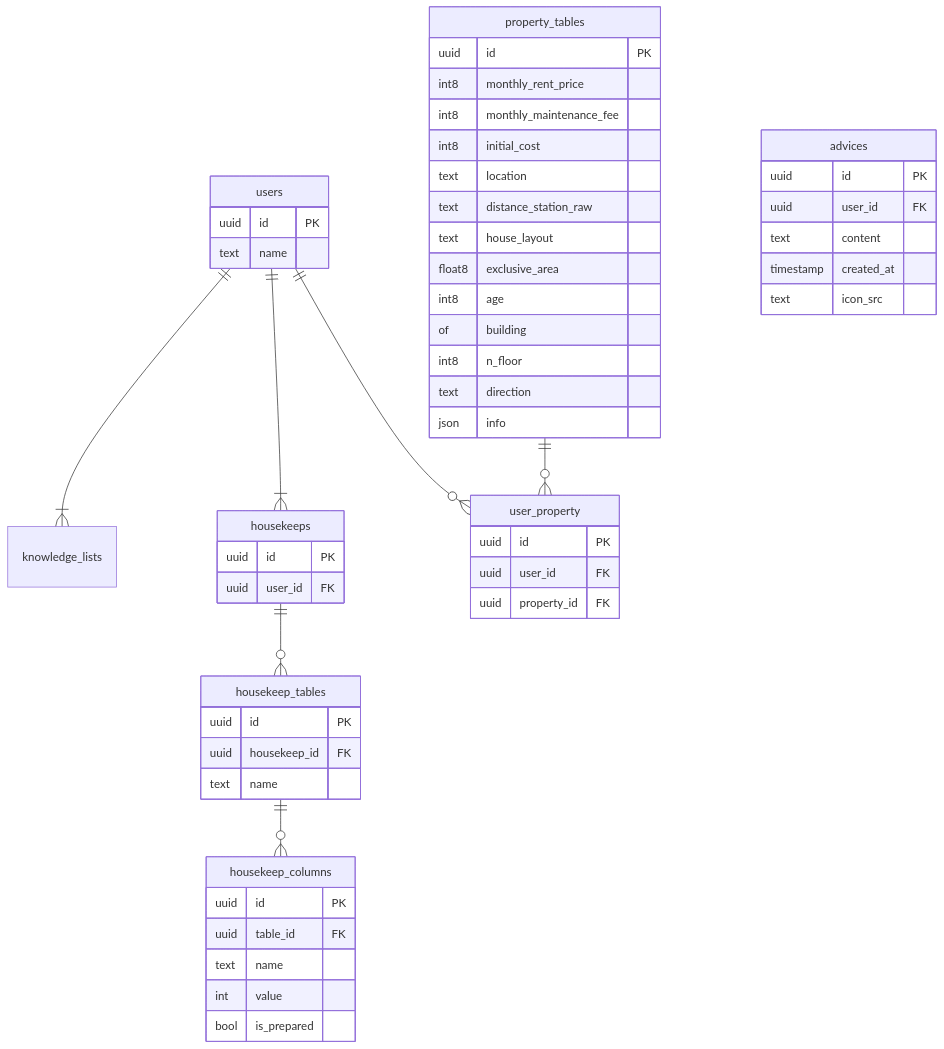
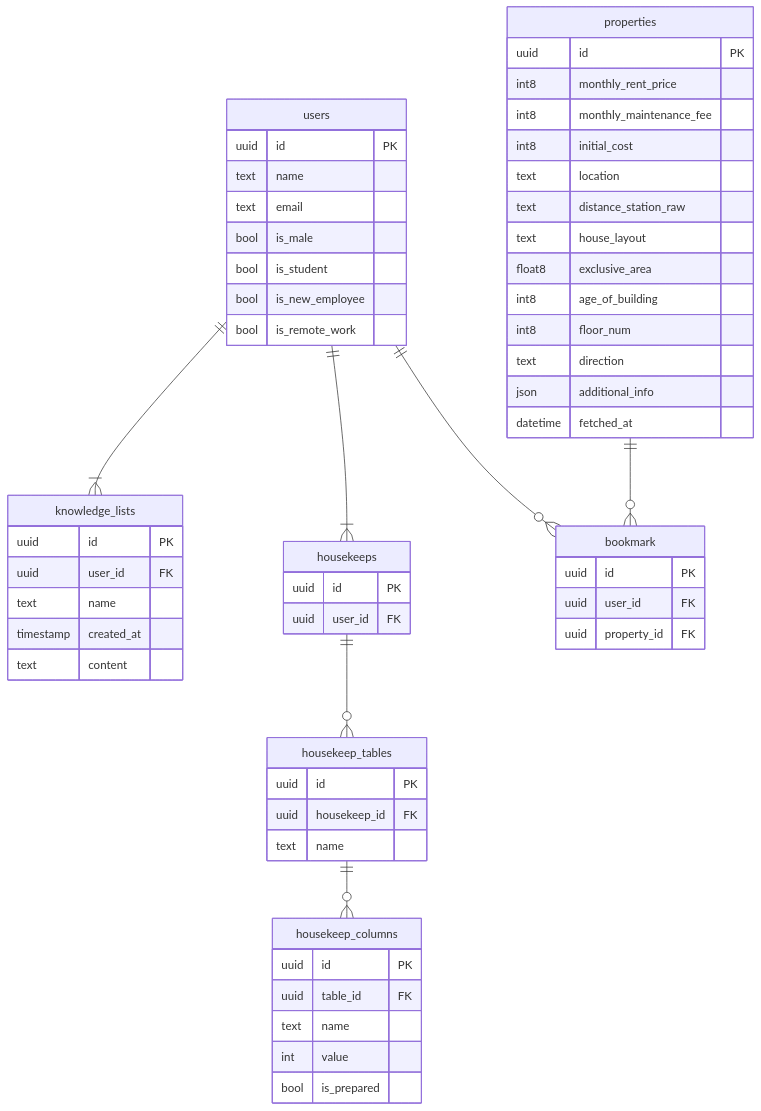
Before and after one commit to project-hikkoshiori/hikkoshiori: the diagram in docs/ER.md, drawn with Mermaid.

Commit message:
update fetch_at to ER mao

````diff
--- a/docs/ER.md
+++ b/docs/ER.md
@@ -1,65 +1,71 @@
 ```mermaid
 erDiagram
 
     users ||--|{ knowledge_lists: ""
     users ||--|{ housekeeps: ""
-    users ||--o{ user_property: ""
+    users ||--o{ bookmark: ""
     housekeeps ||--o{ housekeep_tables: ""
     housekeep_tables ||--o{ housekeep_columns: ""
-    property_tables ||--o{ user_property: ""
+    properties ||--o{ bookmark: ""
 
     users {
         uuid id PK
         text name
+        text email
+        bool is_male
+        bool is_student
+        bool is_new_employee
+        bool is_remote_work
     }
 
-    advices {
+    knowledge_lists {
         uuid id PK
         uuid user_id FK
+        text name
+        timestamp created_at
         text content
-        timestamp created_at
-        text icon_src
     }
 
     housekeeps {
         uuid id PK
         uuid user_id FK
     }
 
     housekeep_tables {
         uuid id PK
         uuid housekeep_id FK
         text name
     }
 
     housekeep_columns {
         uuid id PK
         uuid table_id FK
         text name
         int value
         bool is_prepared
     }
 
 
-    user_property{
+    bookmark{
         uuid id PK
         uuid user_id FK
         uuid property_id FK
     }
 
-    property_tables{
+    properties{
         uuid id PK
         int8 monthly_rent_price
         int8 monthly_maintenance_fee
         int8 initial_cost
         text location
         text distance_station_raw
         text house_layout
         float8 exclusive_area
-        int8 age of building
-        int8 n_floor
+        int8 age_of_building
+        int8 floor_num
         text direction
-        json info
+        json additional_info
+        datetime fetched_at
     }
 
 ```
````
